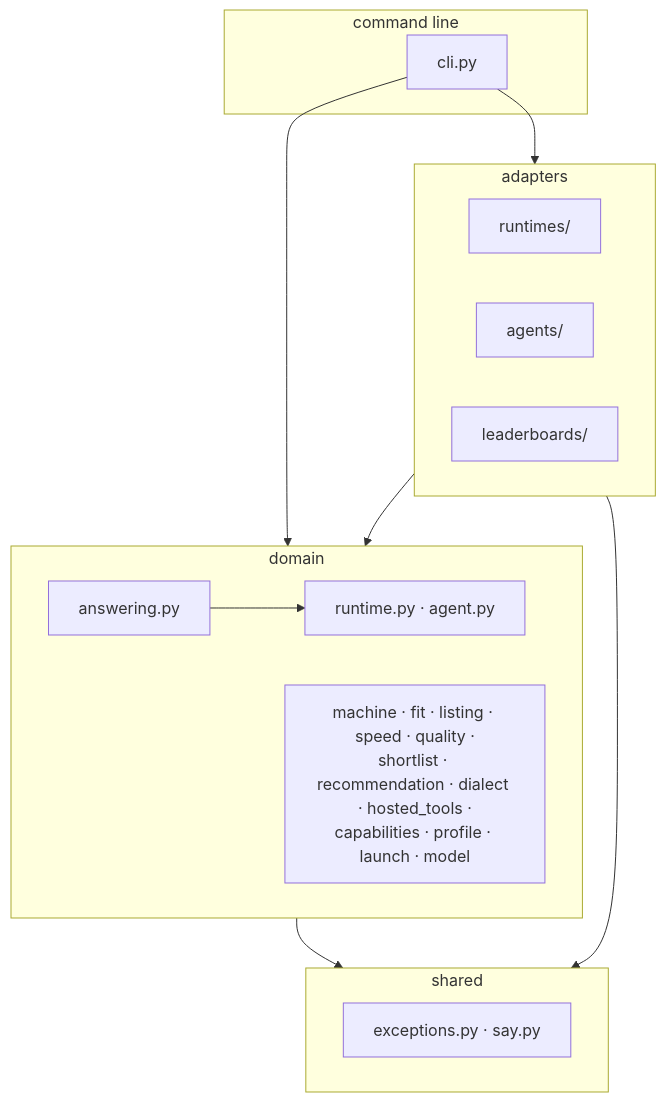
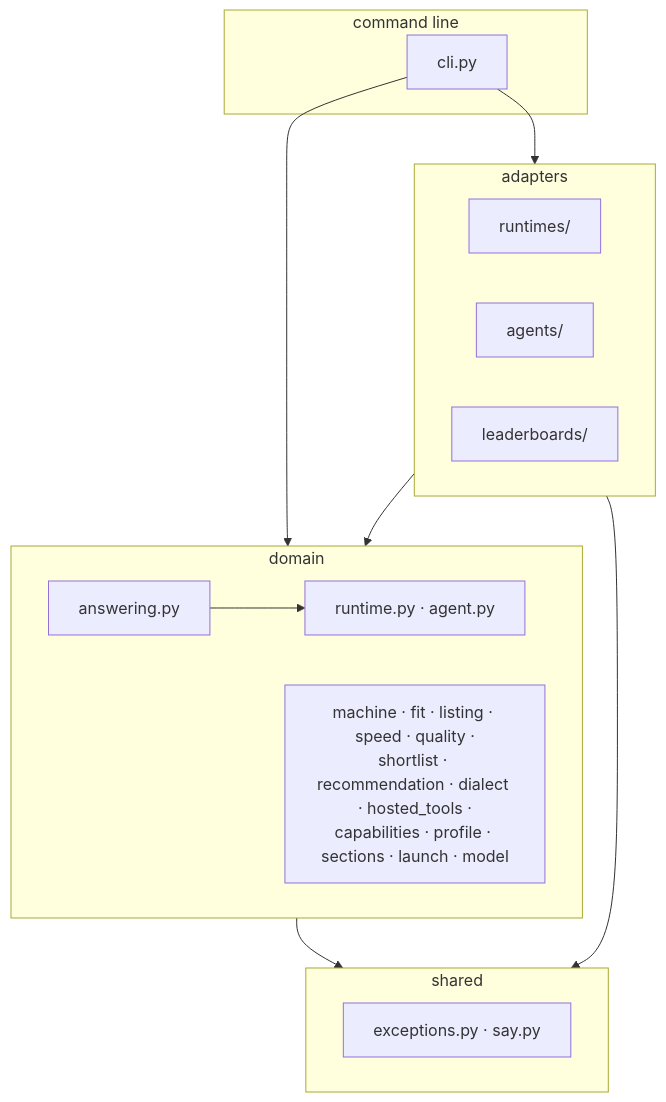
One commit to pvardanis/offgrid changed the first of 3 diagrams in docs/architecture.md. Above: the diagram before and after it, drawn with Mermaid. The commit also changed other lines of this file and 24 other files, not shown here.

````diff
--- a/docs/architecture.md
+++ b/docs/architecture.md
@@ -13,26 +13,26 @@
 ```mermaid
 flowchart TD
     subgraph cmd [command line]
         cli[cli.py]
     end
     subgraph adapters [adapters]
         rt["runtimes/"]
         ag["agents/"]
         lb["leaderboards/"]
     end
     subgraph domain [domain]
         answering[answering.py]
         ports["runtime.py · agent.py"]
-        rest["machine · fit · listing · speed · quality ·<br/>shortlist · recommendation · dialect · hosted_tools ·<br/>capabilities · profile · launch · model"]
+        rest["machine · fit · listing · speed · quality ·<br/>shortlist · recommendation · dialect · hosted_tools ·<br/>capabilities · profile · sections · launch · model"]
     end
     subgraph shared [shared]
         sh["exceptions.py · say.py"]
     end
 
     cli --> adapters
     cli --> domain
     adapters --> domain
     domain --> shared
     adapters --> shared
     answering --> ports
 ```
````
